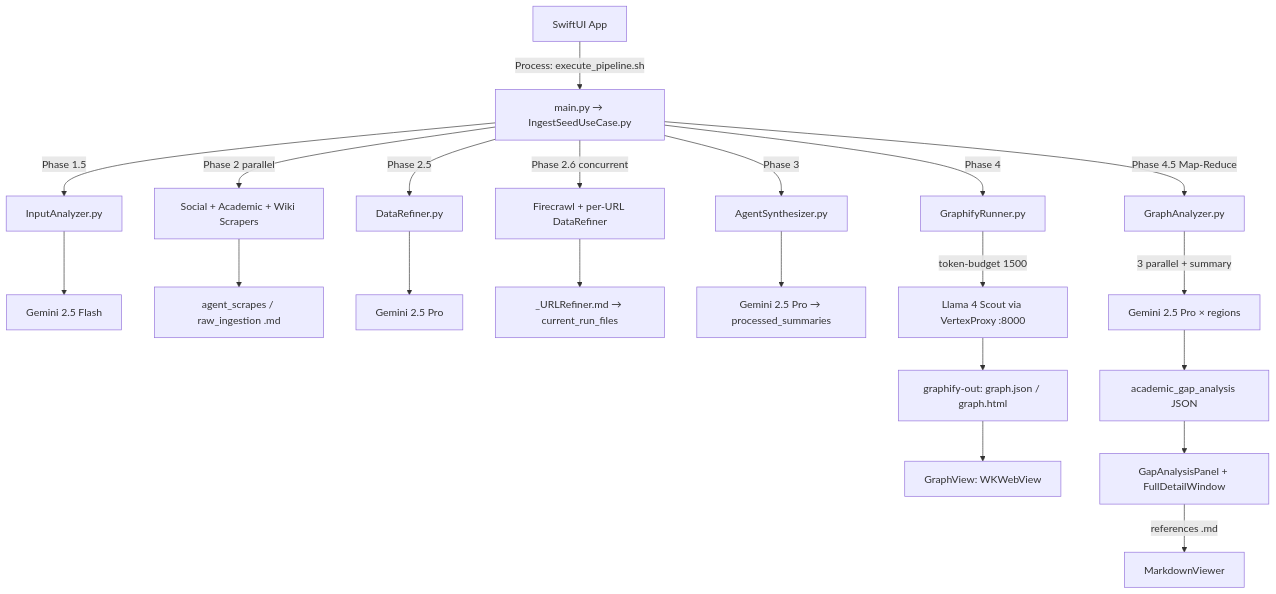
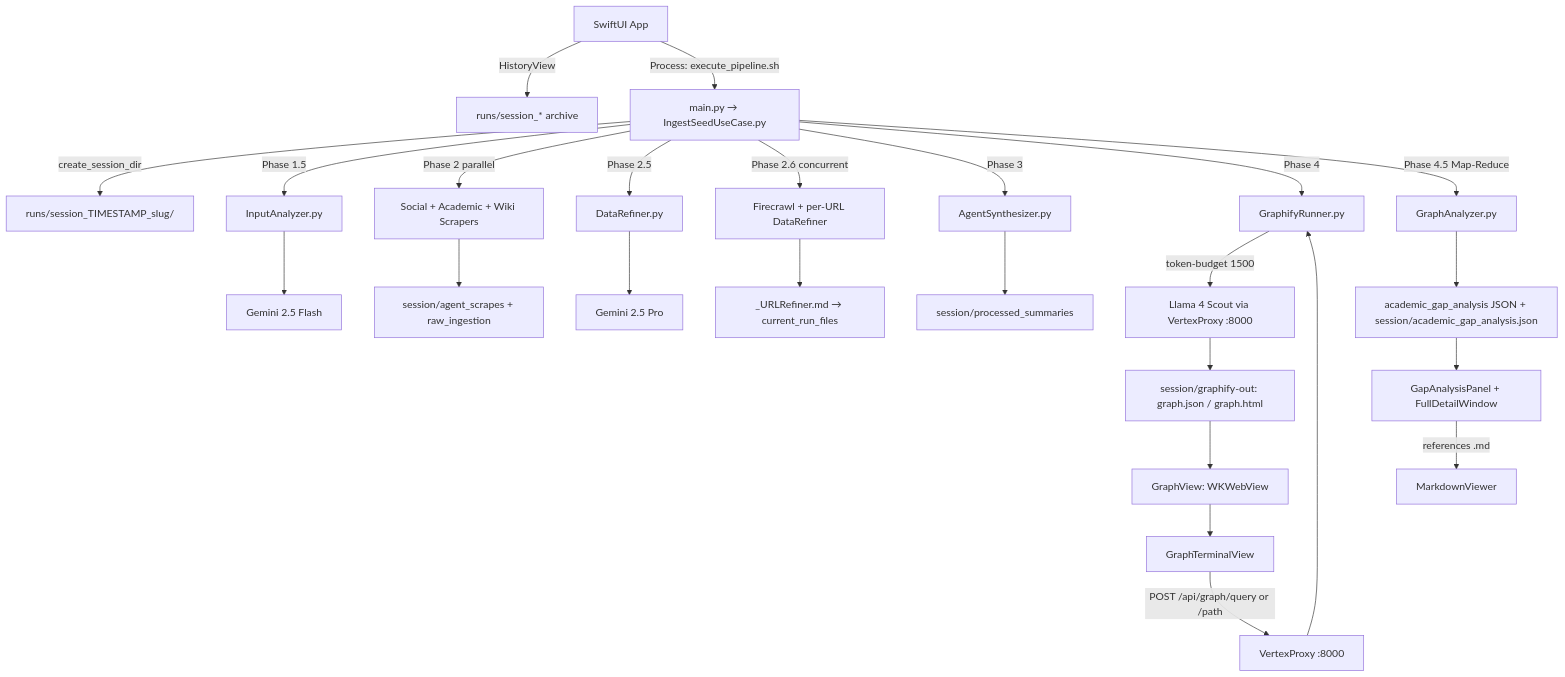
One commit to sethum-VS/ResearchBot changed the diagram in ResearchGraphApp/PROJECT_SPEC.md. Above: the diagram before and after it, drawn with Mermaid. The commit also changed other lines of this file and 9 other files, not shown here.

First line of the commit message:
feat: workspace session isolation, graph terminal, history view

````diff
--- a/ResearchGraphApp/PROJECT_SPEC.md
+++ b/ResearchGraphApp/PROJECT_SPEC.md
@@ -47,31 +53,36 @@
 ```mermaid
 graph TD
-    A[SwiftUI App] -->|Process: execute_pipeline.sh| B[main.py → IngestSeedUseCase.py]
+    A[SwiftUI App] -->|HistoryView| H[runs/session_* archive]
+    A -->|Process: execute_pipeline.sh| B[main.py → IngestSeedUseCase.py]
+    B -->|create_session_dir| S[runs/session_TIMESTAMP_slug/]
 
     B -->|Phase 1.5| C[InputAnalyzer.py]
     C --> D[Gemini 2.5 Flash]
 
     B -->|Phase 2 parallel| E[Social + Academic + Wiki Scrapers]
-    E --> F[agent_scrapes / raw_ingestion .md]
+    E --> F[session/agent_scrapes + raw_ingestion]
 
     B -->|Phase 2.5| G[DataRefiner.py]
-    G --> H[Gemini 2.5 Pro]
+    G --> H2[Gemini 2.5 Pro]
 
     B -->|Phase 2.6 concurrent| I[Firecrawl + per-URL DataRefiner]
     I --> J[_URLRefiner.md → current_run_files]
 
     B -->|Phase 3| K[AgentSynthesizer.py]
-    K --> L[Gemini 2.5 Pro → processed_summaries]
+    K --> L[session/processed_summaries]
 
     B -->|Phase 4| M[GraphifyRunner.py]
     M -->|token-budget 1500| N[Llama 4 Scout via VertexProxy :8000]
-    N --> O[graphify-out: graph.json / graph.html]
+    N --> O[session/graphify-out: graph.json / graph.html]
 
     B -->|Phase 4.5 Map-Reduce| P[GraphAnalyzer.py]
-    P -->|3 parallel + summary| Q[Gemini 2.5 Pro × regions]
-    Q --> R[academic_gap_analysis JSON]
+    P --> Q[academic_gap_analysis JSON + session/academic_gap_analysis.json]
 
-    O --> S[GraphView: WKWebView]
-    R --> T[GapAnalysisPanel + FullDetailWindow]
+    O --> V[GraphView: WKWebView]
+    Q --> T[GapAnalysisPanel + FullDetailWindow]
     T -->|references .md| U[MarkdownViewer]
+
+    V --> GT[GraphTerminalView]
+    GT -->|POST /api/graph/query or /path| VP[VertexProxy :8000]
+    VP --> M
 ```
````
